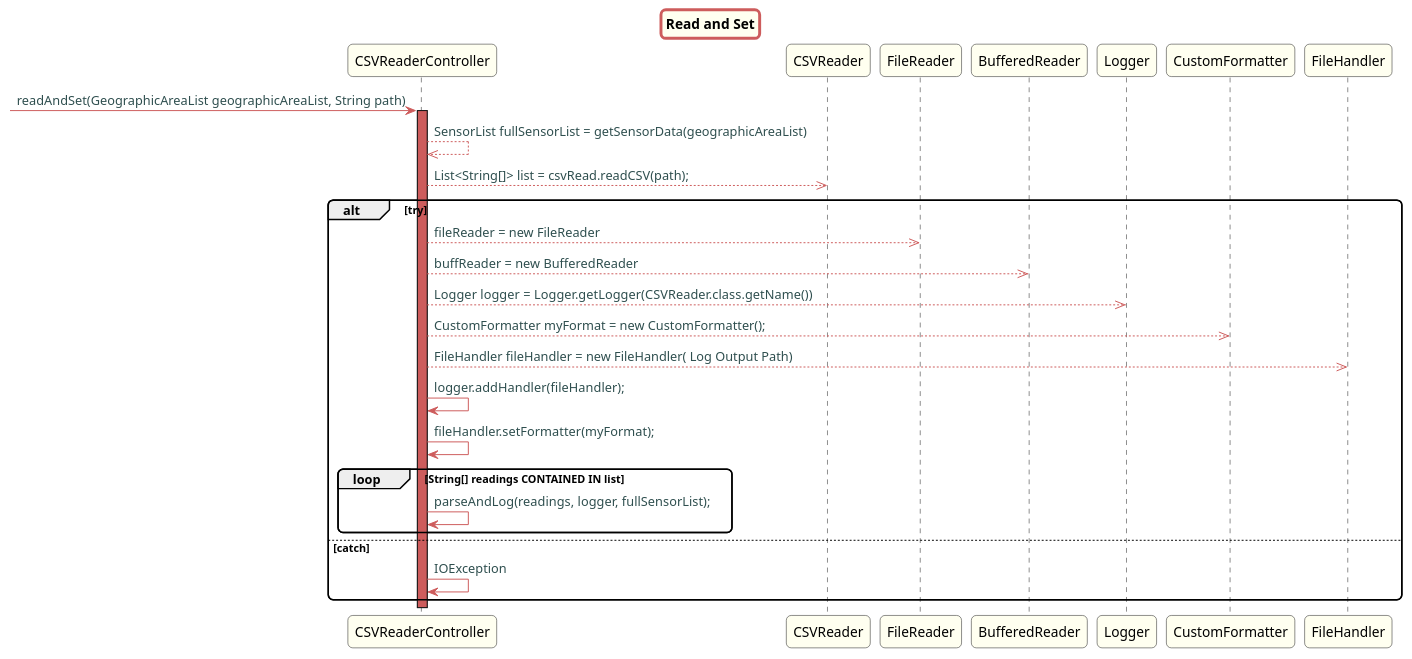
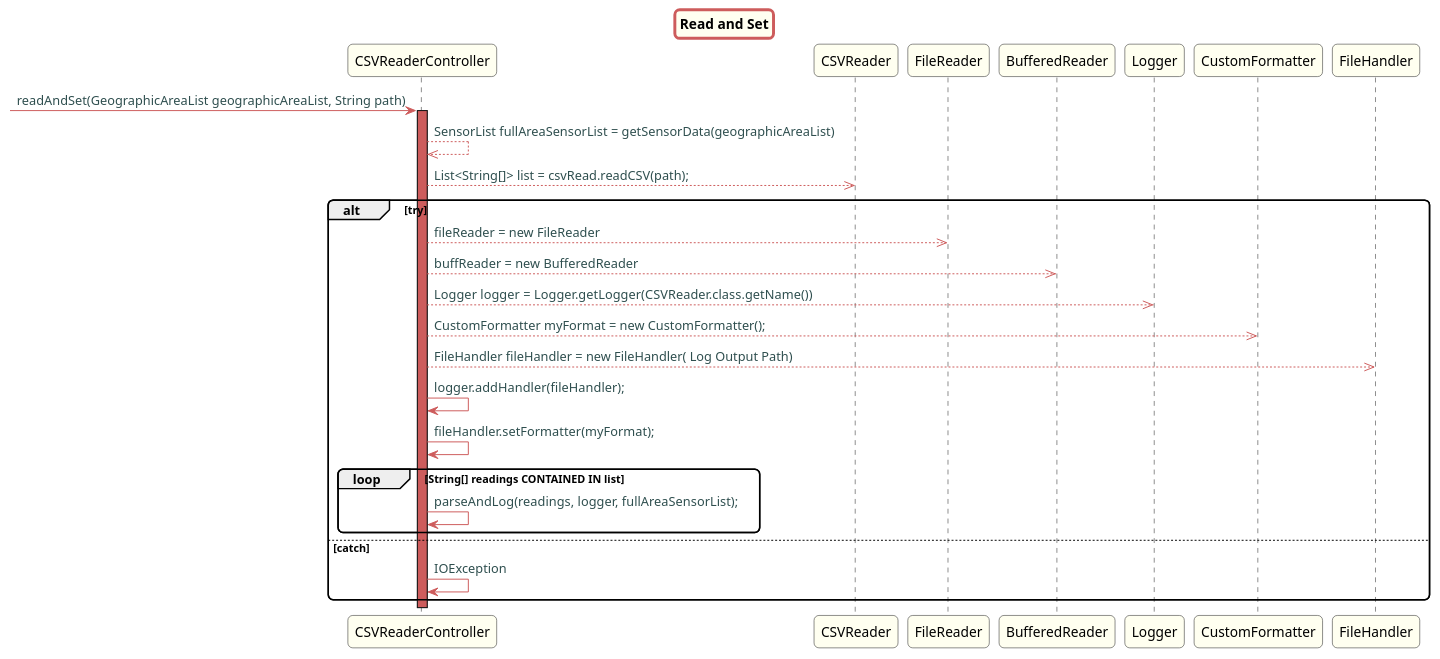
The diagram in src/doc/Controllers/HouseConfiguration/US20/US20ReadAndSet_sd_HouseConfiguration.puml (Almadanmp/project), drawn with PlantUML before and after one commit. The commit also changed 39 other files, not shown here.

Commit message:
REF#203 REF#197 renames SensorList to AreaSensorList

```diff
--- a/src/doc/Controllers/HouseConfiguration/US20/US20ReadAndSet_sd_HouseConfiguration.puml
+++ b/src/doc/Controllers/HouseConfiguration/US20/US20ReadAndSet_sd_HouseConfiguration.puml
@@ -1,54 +1,54 @@
 @startuml
 
 title Read and Set
 
 skinparam titleBorderRoundCorner 10
 skinparam titleBorderThickness 3
 skinparam titleBorderColor indianred
 skinparam titleBackgroundColor ivory
 skinparam FontName quicksand
 
 skinparam actor {
   BorderColor indianred
   }
 
 skinparam sequence {
   LifeLineBackgroundColor indianred
   ParticipantBackgroundColor ivory
 }
 
 skinparam roundcorner 10
 
 skinparam component {
   arrowThickness 1
   ArrowFontName Verdana
   ArrowColor indianred
   ArrowFontColor darkslategrey
 }
 
 
 
 
 -> CSVReaderController: readAndSet(GeographicAreaList geographicAreaList, String path)
 activate CSVReaderController
 
-CSVReaderController -->> CSVReaderController: SensorList fullSensorList = getSensorData(geographicAreaList)
+CSVReaderController -->> CSVReaderController: SensorList fullAreaSensorList = getSensorData(geographicAreaList)
 CSVReaderController -->> CSVReader: List<String[]> list = csvRead.readCSV(path);
 alt try
 
 CSVReaderController -->> FileReader: fileReader = new FileReader
 CSVReaderController -->> BufferedReader: buffReader = new BufferedReader
 CSVReaderController -->> Logger: Logger logger = Logger.getLogger(CSVReader.class.getName())
 CSVReaderController -->> CustomFormatter: CustomFormatter myFormat = new CustomFormatter();
 CSVReaderController -->> FileHandler: FileHandler fileHandler = new FileHandler( Log Output Path)
 CSVReaderController -> CSVReaderController: logger.addHandler(fileHandler);
 CSVReaderController -> CSVReaderController: fileHandler.setFormatter(myFormat);
 loop  String[] readings CONTAINED IN list
-CSVReaderController -> CSVReaderController: parseAndLog(readings, logger, fullSensorList);
+CSVReaderController -> CSVReaderController: parseAndLog(readings, logger, fullAreaSensorList);
 end
 else catch
 CSVReaderController -> CSVReaderController: IOException
 
 end
 
 @enduml
```
